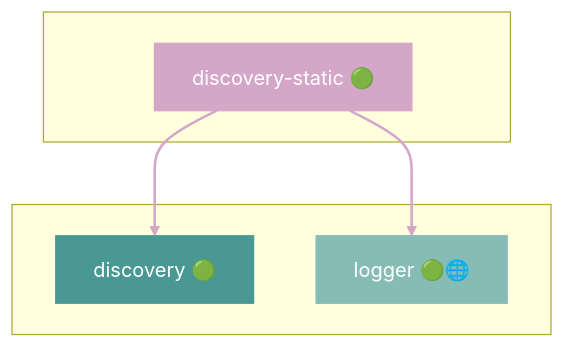
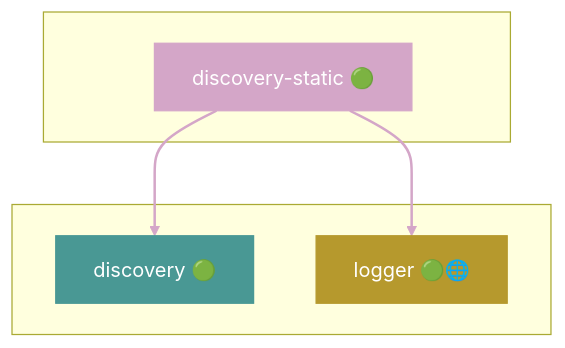
Diagram 19 of 48 in docs/DEPENDENCIES.md (grest-ts/grest-ts), drawn with Mermaid before and after one commit. The commit also changed other lines of this file and 78 other files, not shown here.

````diff
--- a/docs/DEPENDENCIES.md
+++ b/docs/DEPENDENCIES.md
@@ -1059,17 +1065,17 @@
 ```mermaid
 flowchart TB
     subgraph Package[" "]
         discovery-static["discovery-static 🟢"]
     end
     subgraph Dependencies[" "]
         discovery["discovery 🟢"]
         logger["logger 🟢🌐"]
     end
     discovery-static --> discovery
     discovery-static --> logger
     style discovery-static fill:#D4A6C8,stroke:#D4A6C8,color:#fff
     style discovery fill:#499894,stroke:#499894,color:#fff
-    style logger fill:#86BCB6,stroke:#86BCB6,color:#fff
+    style logger fill:#B6992D,stroke:#B6992D,color:#fff
     linkStyle 0 stroke:#D4A6C8,stroke-width:2px
     linkStyle 1 stroke:#D4A6C8,stroke-width:2px
 ```
````
